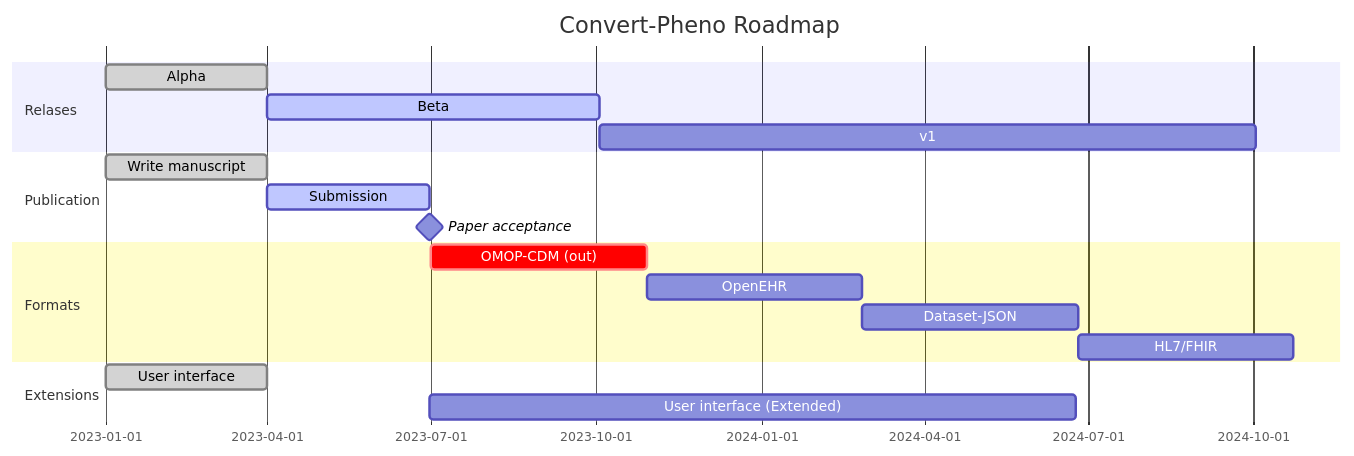
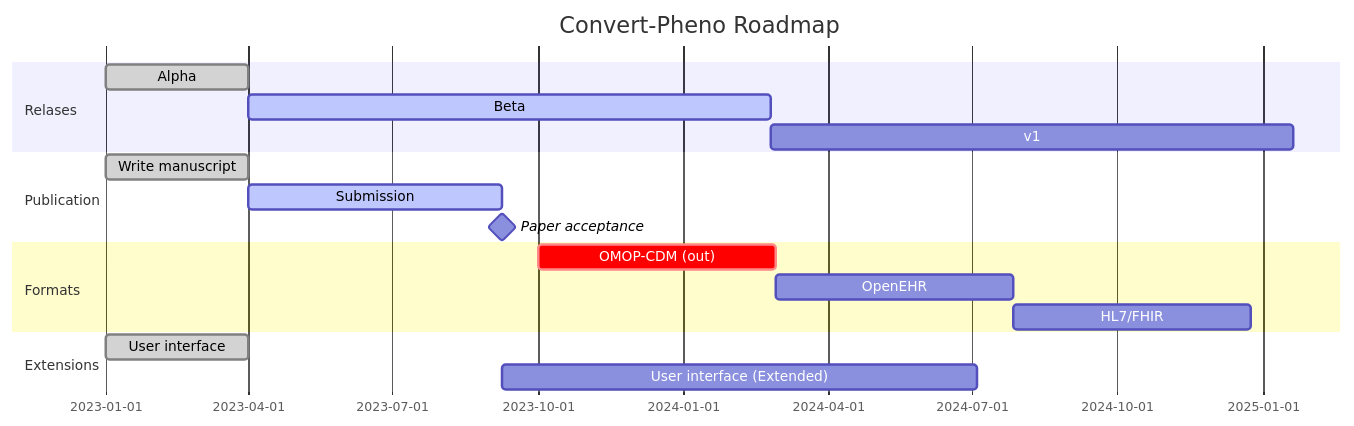
The diagram in docs/future-plans.md (CNAG-Biomedical-Informatics/convert-pheno), drawn with Mermaid before and after one commit. The commit also changed other lines of this file and 7 other files, not shown here.

````diff
--- a/docs/future-plans.md
+++ b/docs/future-plans.md
@@ -1,25 +1,24 @@
 ```mermaid
   gantt
     title Convert-Pheno Roadmap
     dateFormat  YYYY-MM-DD
 
     section Relases
     Alpha                     :done,      r1, 2023-01-01, 90d
-    Beta                      :active,    r2, after r1, 185d
-    v1                        :           r3, after r2, 365d
+    Beta                      :active,    r2, after m1, 330d
+    v1                        :           r3, after r2, 330d
 
     section Publication
     Write manuscript          :done,      m1, 2023-01-01, 90d
-    Submission                :active,    m2, after m1, 90d
+    Submission                :active,    m2, after m1, 160d
     Paper acceptance          :milestone, after m2, 0d
 
     section Formats
-    OMOP-CDM (out)  :crit, f1, 2023-07-01, 120d
-    OpenEHR         :      f2, after f1, 120d
-    Dataset-JSON    :      f3, after f2, 120d
-    HL7/FHIR        :      f4, after f3, 120d
+    OMOP-CDM (out)  :crit, f1, 2023-10-01, 150d
+    OpenEHR         :      f2, after f1, 150d
+    HL7/FHIR        :      f3, after f2, 150d
 
     section Extensions
     User interface            :done,   e1, 2023-01-01, 90d
-    User interface (Extended) :        after m2, 360d
+    User interface (Extended) :        after m2, 300d
 ```
````
